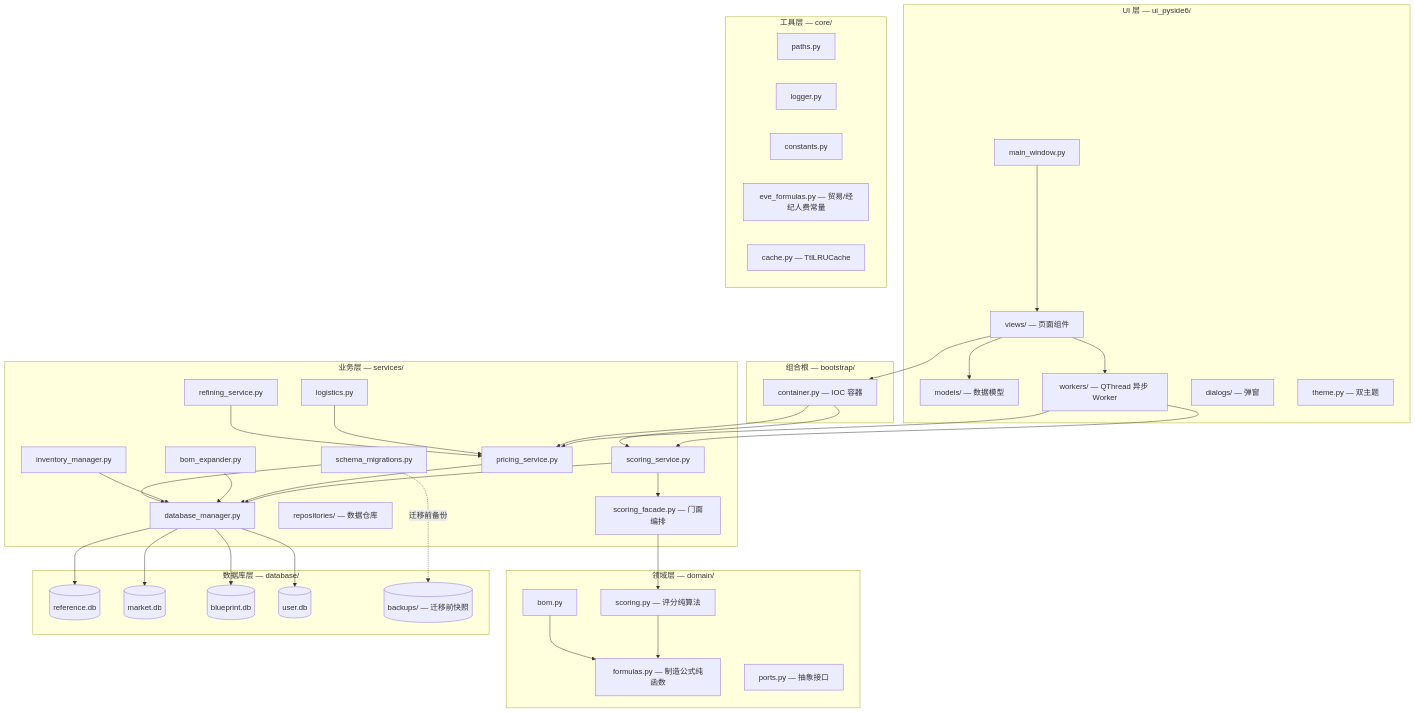
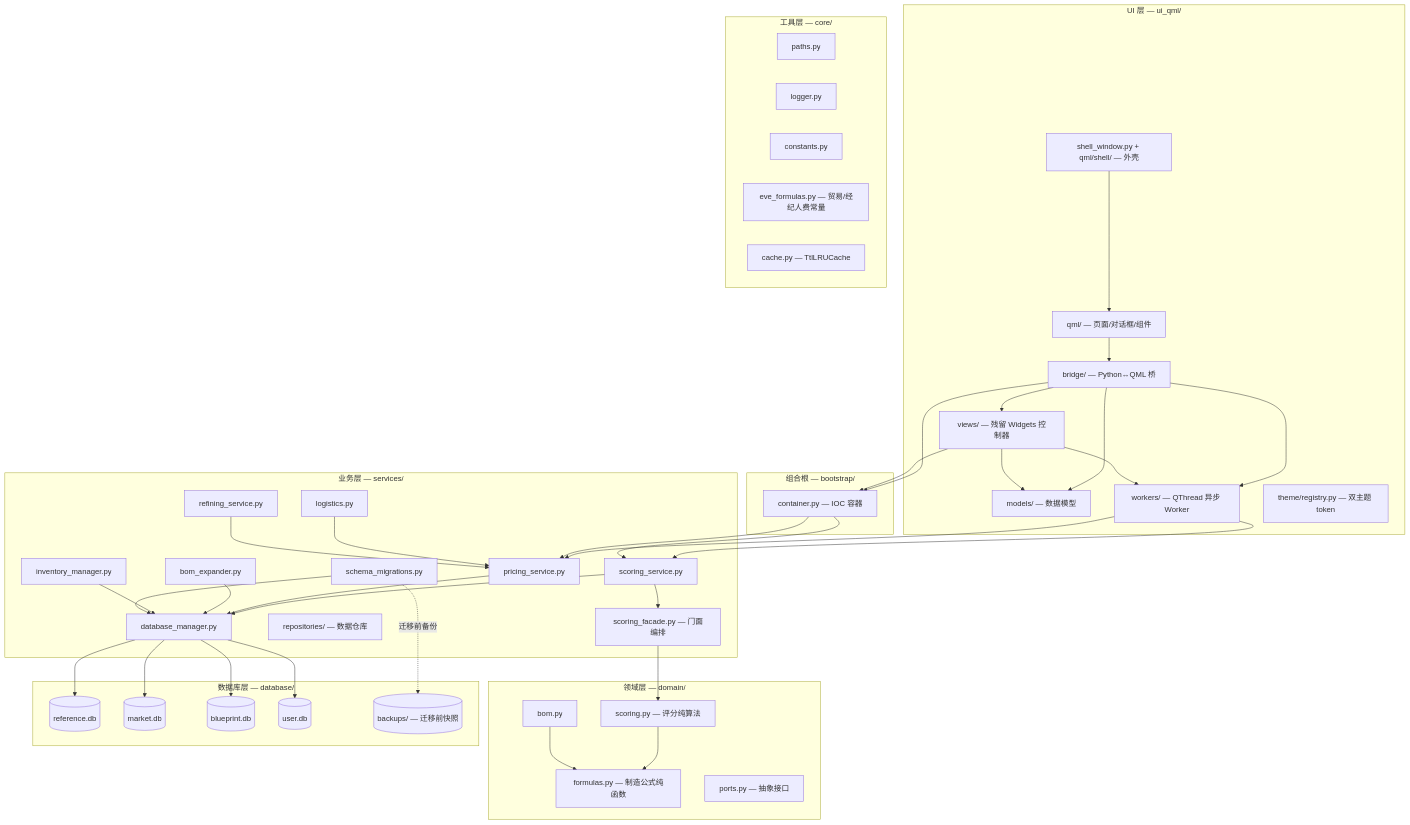
The diagram in docs/dev/architecture.md (Hermannmayer/EVE-Online-Industrial-Assistant), drawn with Mermaid before and after one commit. The commit also changed other lines of this file and 40 other files, not shown here.

First line of the commit message:
refactor(QML 迁移): 删掉整个 ui_pyside6/ + registry 里的 QSS（批次 7.5，迁移收尾）

````diff
--- a/docs/dev/architecture.md
+++ b/docs/dev/architecture.md
@@ -7,76 +7,82 @@
 ```mermaid
 graph TB
-    subgraph UI["UI 层 — ui_pyside6/"]
-        MW[main_window.py]
-        VIEWS[views/ — 页面组件]
+    subgraph UI["UI 层 — ui_qml/"]
+        SHELL[shell_window.py + qml/shell/ — 外壳]
+        PAGES[qml/ — 页面/对话框/组件]
+        BRIDGE[bridge/ — Python↔QML 桥]
+        VIEWS[views/ — 残留 Widgets 控制器]
         MODELS[models/ — 数据模型]
         WORKERS[workers/ — QThread 异步 Worker]
-        DIALOGS[dialogs/ — 弹窗]
-        THEME[theme.py — 双主题]
+        THEME[theme/registry.py — 双主题 token]
     end
 
     subgraph SVC["业务层 — services/"]
         SCORING[scoring_service.py]
         FACADE[scoring_facade.py — 门面编排]
         PRICING[pricing_service.py]
         BOM[bom_expander.py]
         LOGISTICS[logistics.py]
         REFINING[refining_service.py]
         INVENTORY[inventory_manager.py]
         REPOS[repositories/ — 数据仓库]
         DB_MGR[database_manager.py]
         MIGRATIONS[schema_migrations.py]
     end
 
     subgraph DOM["领域层 — domain/"]
         FORMULAS[formulas.py — 制造公式纯函数]
         SCORING_DOM[scoring.py — 评分纯算法]
         BOM_DOM[bom.py]
         PORTS[ports.py — 抽象接口]
     end
 
     subgraph CORE["工具层 — core/"]
         PATHS[paths.py]
         LOGGER[logger.py]
         CONSTANTS[constants.py]
         FORMULAS_CORE[eve_formulas.py — 贸易/经纪人费常量]
         CACHE[cache.py — TtlLRUCache]
     end
 
     subgraph BOOT["组合根 — bootstrap/"]
         CONTAINER[container.py — IOC 容器]
     end
 
     subgraph DB["数据库层 — database/"]
         REF[(reference.db)]
         MKT[(market.db)]
         BP[(blueprint.db)]
         USR[(user.db)]
         BACKUPS[(backups/ — 迁移前快照)]
     end
 
-    MW --> VIEWS
+    SHELL --> PAGES
+    PAGES --> BRIDGE
+    BRIDGE --> VIEWS
+    BRIDGE --> WORKERS
+    BRIDGE --> MODELS
     VIEWS --> WORKERS
     VIEWS --> MODELS
     WORKERS --> SCORING
     WORKERS --> PRICING
+    BRIDGE --> CONTAINER
     VIEWS --> CONTAINER
     CONTAINER --> SCORING
     CONTAINER --> PRICING
     SCORING --> FACADE
     FACADE --> SCORING_DOM
     SCORING_DOM --> FORMULAS
     BOM_DOM --> FORMULAS
     SCORING --> DB_MGR
     PRICING --> DB_MGR
     BOM --> DB_MGR
     LOGISTICS --> PRICING
     REFINING --> PRICING
     INVENTORY --> DB_MGR
     MIGRATIONS --> DB_MGR
     DB_MGR --> REF
     DB_MGR --> MKT
     DB_MGR --> BP
     DB_MGR --> USR
     MIGRATIONS -. 迁移前备份 .-> BACKUPS
 ```
````
